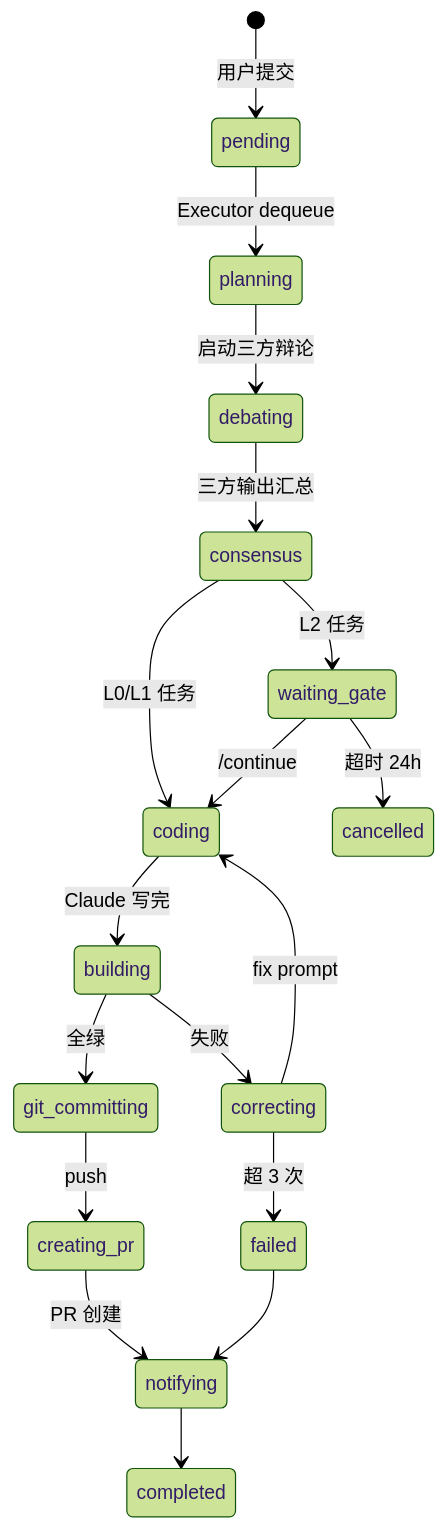
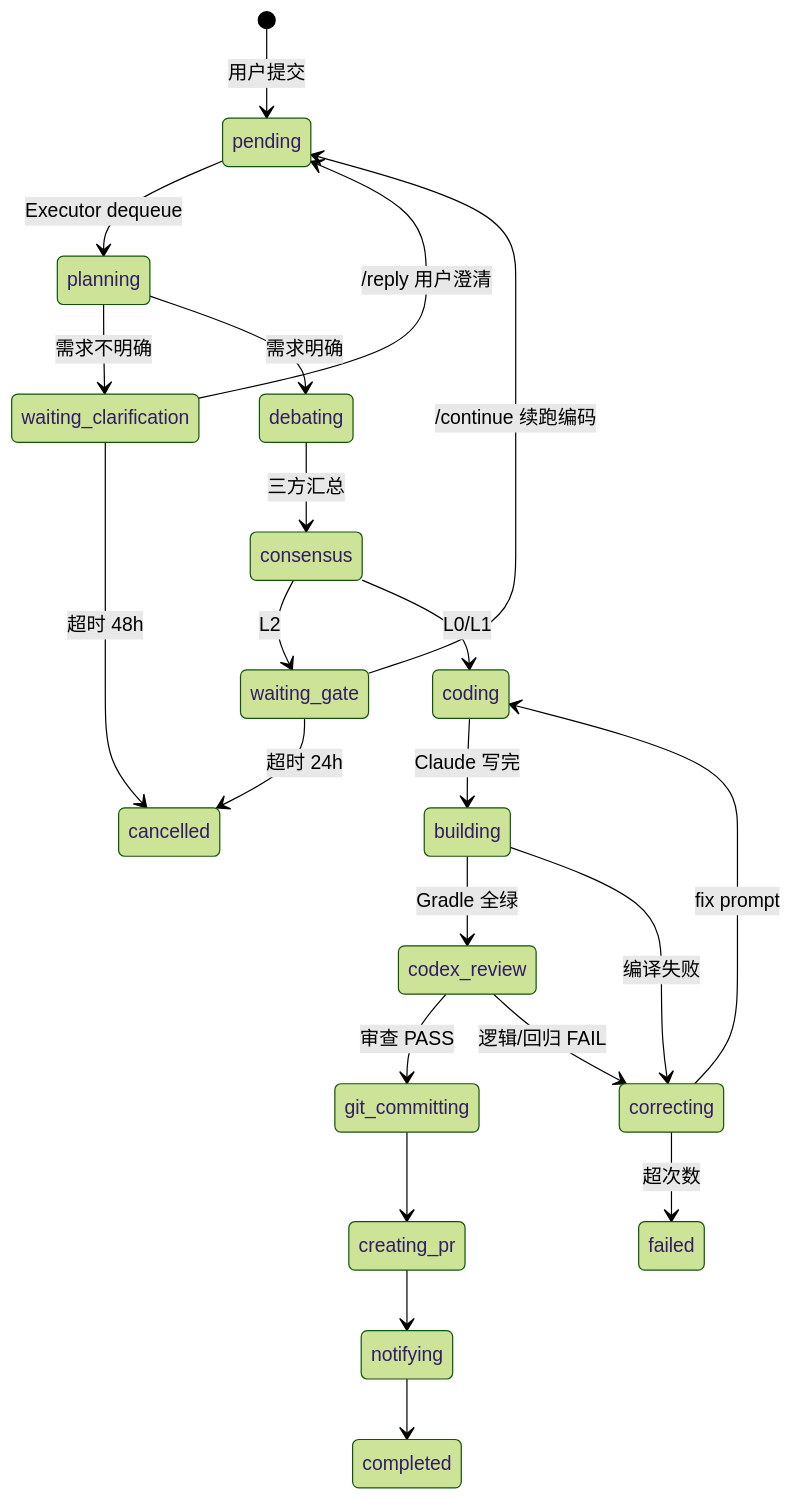
The second of 2 diagrams in README.md (TurboSnails/AICodeAgent), drawn with Mermaid (forest theme) before and after one commit. The commit also changed other lines of this file, not shown here.

````diff
--- a/README.md
+++ b/README.md
@@ -64,20 +67,24 @@
 ```mermaid
 stateDiagram-v2
     [*] --> pending: 用户提交
     pending --> planning: Executor dequeue
-    planning --> debating: 启动三方辩论
-    debating --> consensus: 三方输出汇总
-    consensus --> waiting_gate: L2 任务
-    consensus --> coding: L0/L1 任务
-    waiting_gate --> coding: /continue
+    planning --> waiting_clarification: 需求不明确
+    planning --> debating: 需求明确
+    waiting_clarification --> pending: /reply 用户澄清
+    waiting_clarification --> cancelled: 超时 48h
+    debating --> consensus: 三方汇总
+    consensus --> waiting_gate: L2
+    consensus --> coding: L0/L1
+    waiting_gate --> pending: /continue 续跑编码
     waiting_gate --> cancelled: 超时 24h
     coding --> building: Claude 写完
-    building --> git_committing: 全绿
-    building --> correcting: 失败
+    building --> codex_review: Gradle 全绿
+    building --> correcting: 编译失败
+    codex_review --> git_committing: 审查 PASS
+    codex_review --> correcting: 逻辑/回归 FAIL
     correcting --> coding: fix prompt
-    correcting --> failed: 超 3 次
-    git_committing --> creating_pr: push
-    creating_pr --> notifying: PR 创建
+    correcting --> failed: 超次数
+    git_committing --> creating_pr
+    creating_pr --> notifying
     notifying --> completed
-    failed --> notifying
 ```
````
